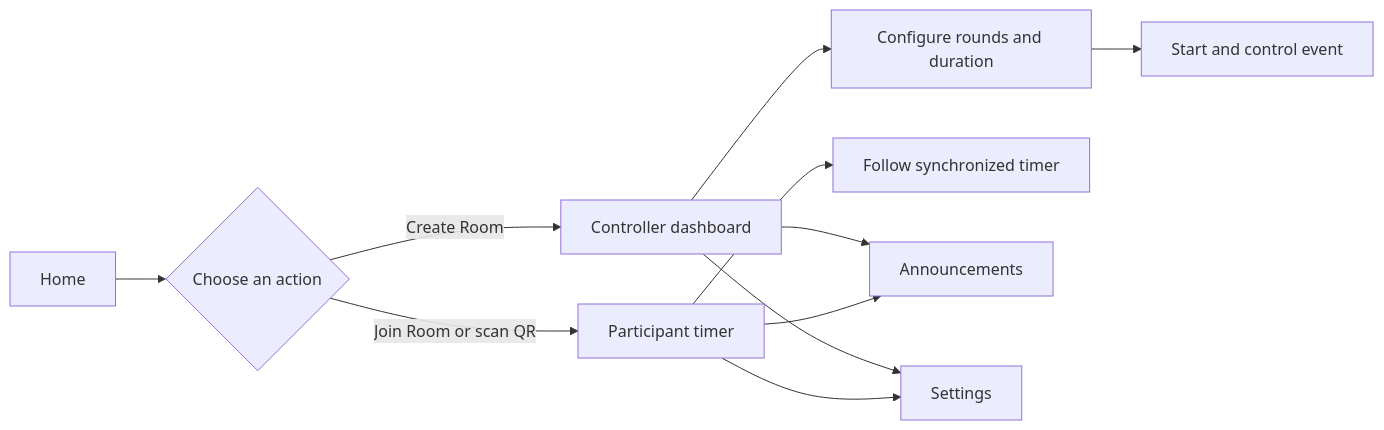
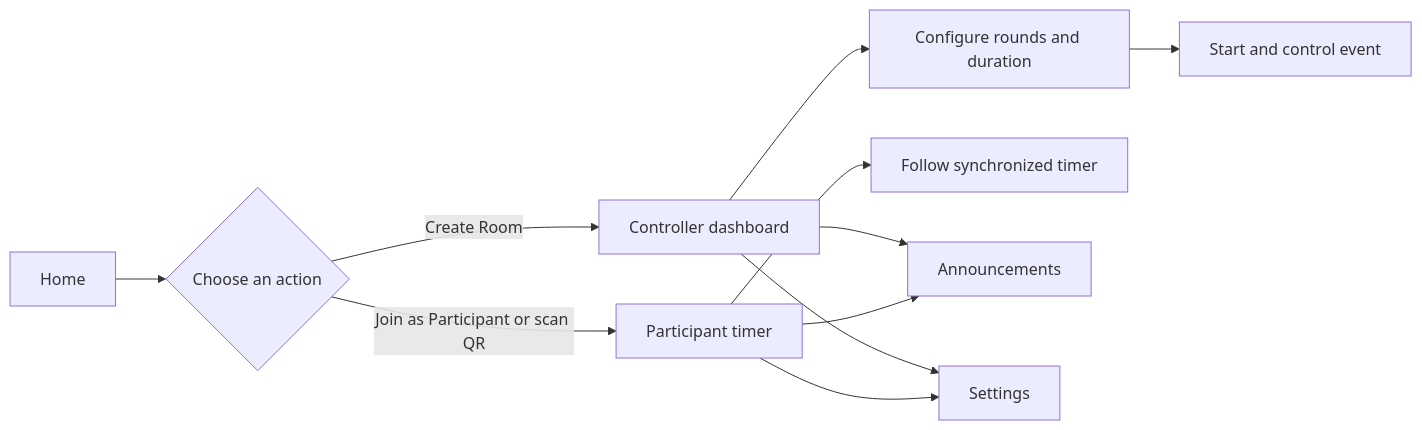
The diagram in README.md (CyberBonk/Be-Perfect), drawn with Mermaid before and after one commit. The commit also changed other lines of this file and 18 other files, not shown here.

````diff
--- a/README.md
+++ b/README.md
@@ -187,13 +182,13 @@
 ```mermaid
 flowchart LR
     A[Home] --> B{Choose an action}
     B -->|Create Room| C[Controller dashboard]
-    B -->|Join Room or scan QR| D[Participant timer]
+    B -->|Join as Participant or scan QR| D[Participant timer]
     C --> E[Configure rounds and duration]
     E --> F[Start and control event]
     D --> G[Follow synchronized timer]
     C --> H[Announcements]
     D --> H
     C --> I[Settings]
     D --> I
 ```
````
